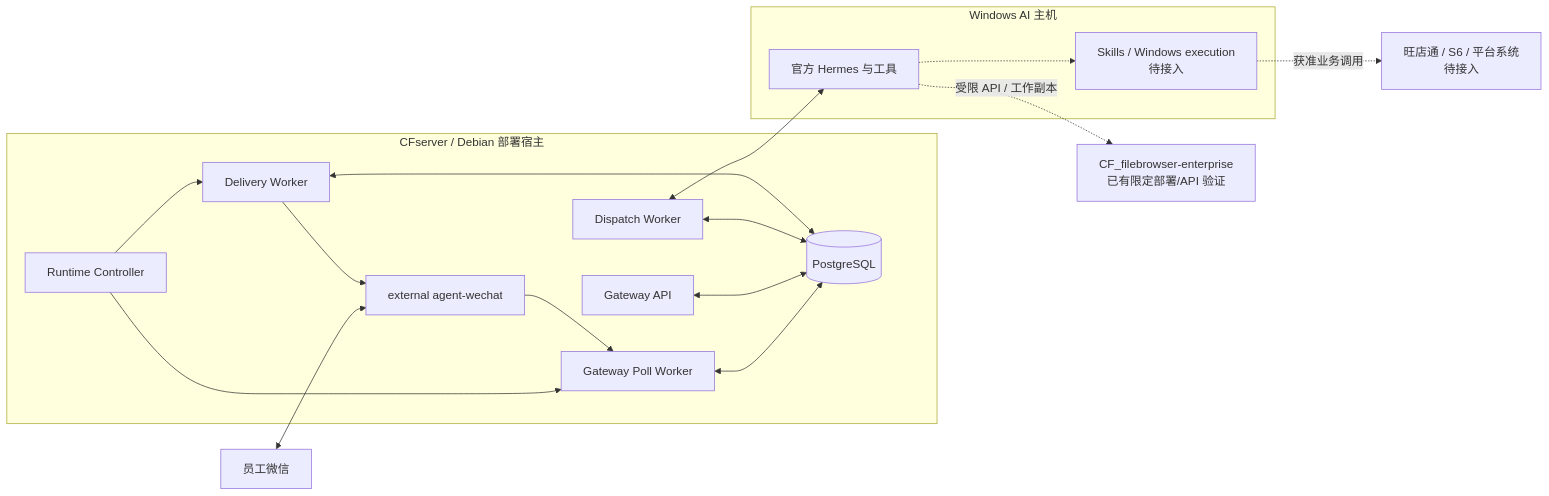
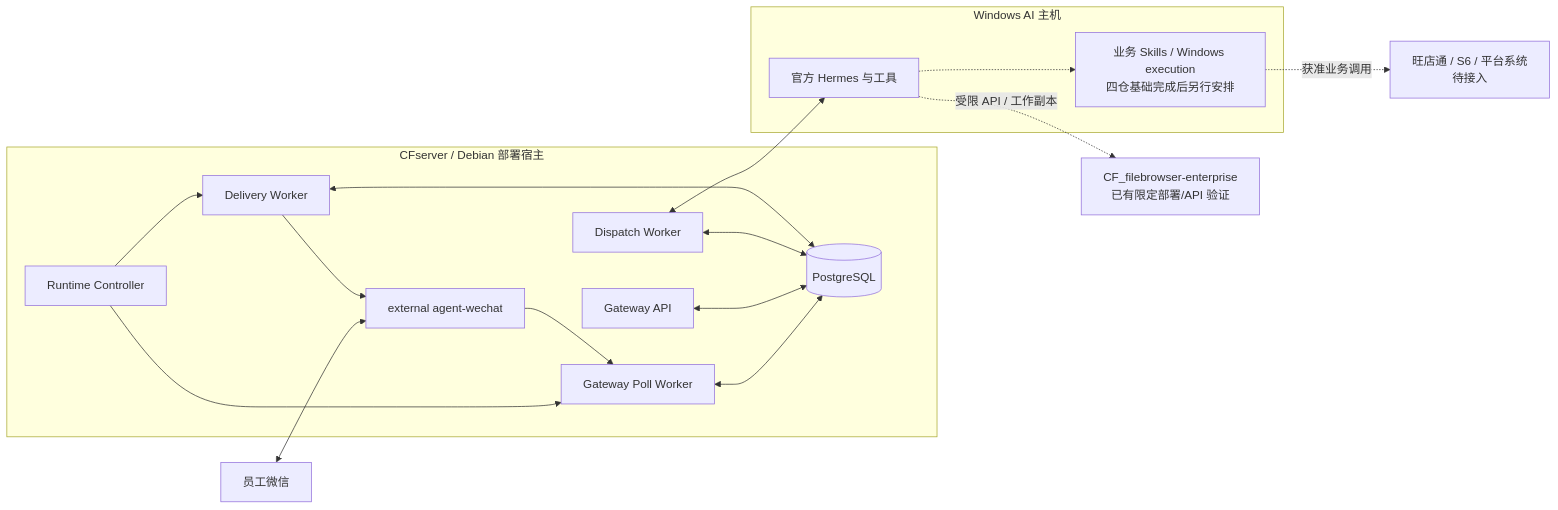
Before and after one commit to Tangbohu09527/CF_ecommerce-automation-docs: the diagram in architecture/system-architecture.md, drawn with Mermaid. The commit also changed other lines of this file and 35 other files, not shown here.

````diff
--- a/architecture/system-architecture.md
+++ b/architecture/system-architecture.md
@@ -19,36 +19,36 @@
 ```mermaid
 flowchart LR
     U["员工微信"]
 
     subgraph CFS["CFserver / Debian 部署宿主"]
         AW["external agent-wechat"]
         PW["Gateway Poll Worker"]
         API["Gateway API"]
         CTL["Runtime Controller"]
         PG[("PostgreSQL")]
         DW["Dispatch Worker"]
         DLW["Delivery Worker"]
         PW <--> PG
         API <--> PG
         CTL --> PW
         CTL --> DLW
         DW <--> PG
         DLW <--> PG
     end
 
     subgraph AI["Windows AI 主机"]
         H["官方 Hermes 与工具"]
-        SK["Skills / Windows execution<br/>待接入"]
+        SK["业务 Skills / Windows execution<br/>四仓基础完成后另行安排"]
         H -.-> SK
     end
 
     FB["CF_filebrowser-enterprise<br/>已有限定部署/API 验证"]
     BIZ["旺店通 / S6 / 平台系统<br/>待接入"]
 
     U <--> AW
     AW --> PW
     DW <--> H
     DLW --> AW
     H -. "受限 API / 工作副本" .-> FB
     SK -. "获准业务调用" .-> BIZ
 ```
````
